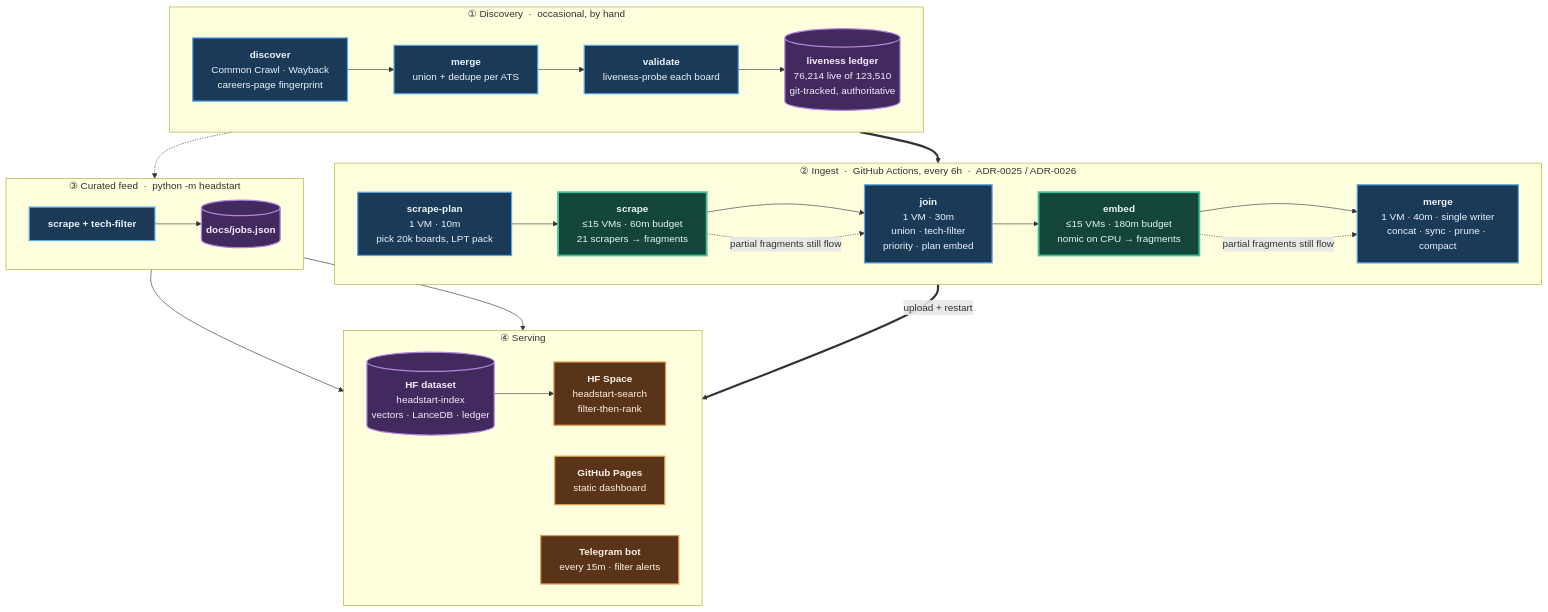
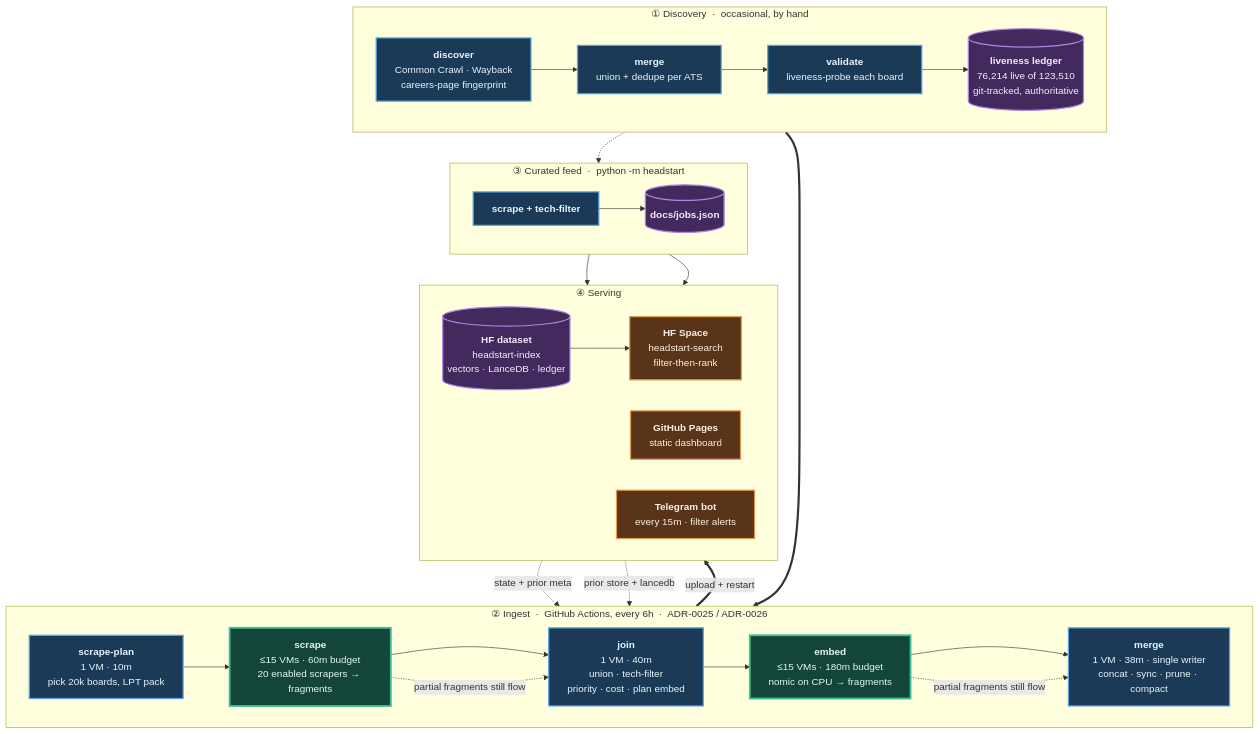
The diagram in README.md (sarthakjain004/headstart), drawn with Mermaid before and after one commit. The commit also changed other lines of this file and 8 other files, not shown here.

````diff
--- a/README.md
+++ b/README.md
@@ -35,54 +35,56 @@
 ```mermaid
 flowchart TB
     subgraph D["① Discovery &nbsp;·&nbsp; occasional, by hand"]
         direction LR
         D1["<b>discover</b><br/>Common Crawl · Wayback<br/>careers-page fingerprint"]
         D2["<b>merge</b><br/>union + dedupe per ATS"]
         D3["<b>validate</b><br/>liveness-probe each board"]
         D4[("<b>liveness ledger</b><br/>76,214 live of 123,510<br/>git-tracked, authoritative")]
         D1 --> D2 --> D3 --> D4
     end
 
     subgraph P["② Ingest &nbsp;·&nbsp; GitHub Actions, every 6h &nbsp;·&nbsp; ADR-0025 / ADR-0026"]
         direction LR
         P1["<b>scrape-plan</b><br/>1 VM · 10m<br/>pick 20k boards, LPT pack"]
-        P2["<b>scrape</b><br/>≤15 VMs · 60m budget<br/>21 scrapers → fragments"]
-        P3["<b>join</b><br/>1 VM · 30m<br/>union · tech-filter<br/>priority · plan embed"]
+        P2["<b>scrape</b><br/>≤15 VMs · 60m budget<br/>20 enabled scrapers → fragments"]
+        P3["<b>join</b><br/>1 VM · 40m<br/>union · tech-filter<br/>priority · cost · plan embed"]
         P4["<b>embed</b><br/>≤15 VMs · 180m budget<br/>nomic on CPU → fragments"]
-        P5["<b>merge</b><br/>1 VM · 40m · single writer<br/>concat · sync · prune · compact"]
+        P5["<b>merge</b><br/>1 VM · 38m · single writer<br/>concat · sync · prune · compact"]
         P1 --> P2 --> P3 --> P4 --> P5
     end
 
     subgraph F["③ Curated feed &nbsp;·&nbsp; python -m headstart"]
         direction LR
         F1["<b>scrape + tech-filter</b>"]
         F2[("<b>docs/jobs.json</b>")]
         F1 --> F2
     end
 
     subgraph S["④ Serving"]
         direction LR
         S1[("<b>HF dataset</b><br/>headstart-index<br/>vectors · LanceDB · ledger")]
         S2["<b>HF Space</b><br/>headstart-search<br/>filter-then-rank"]
         S3["<b>GitHub Pages</b><br/>static dashboard"]
         S4["<b>Telegram bot</b><br/>every 15m · filter alerts"]
         S1 --> S2
     end
 
     D4 ==> P1
+    S1 -. "state + prior meta" .-> P1
+    S1 -. "prior store + lancedb" .-> P5
     D4 -.-> F1
     P5 ==>|"upload + restart"| S1
     F2 --> S3
     F2 --> S4
     P2 -. "partial fragments still flow" .-> P3
     P4 -. "partial fragments still flow" .-> P5
 
     classDef serial fill:#1b3a57,stroke:#5aa9e6,stroke-width:2px,color:#eaf4fc
     classDef fan fill:#14453a,stroke:#3fbf8f,stroke-width:3px,color:#e4f7f0
     classDef store fill:#42295e,stroke:#b184dd,stroke-width:2px,color:#f4ecfc
     classDef serve fill:#5a3418,stroke:#e09a4f,stroke-width:2px,color:#fbf1e6
     class D1,D2,D3,P1,P3,P5,F1 serial
     class P2,P4 fan
     class D4,F2,S1 store
     class S2,S3,S4 serve
 ```
````
